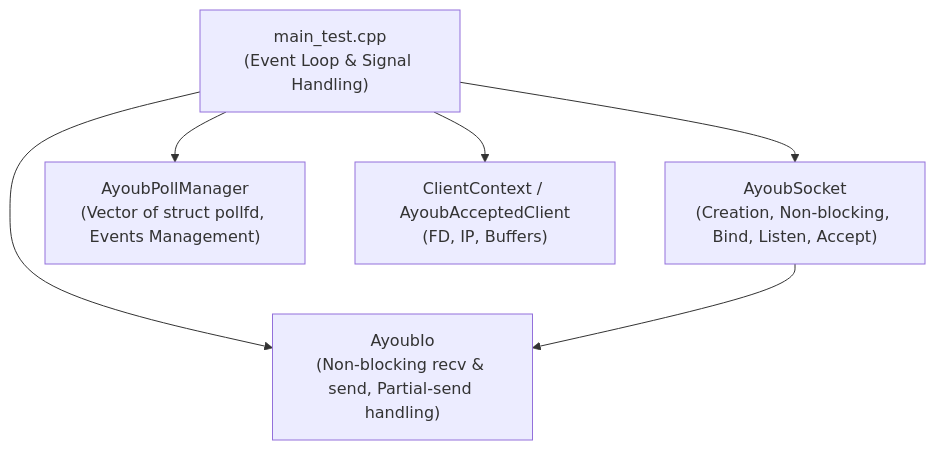
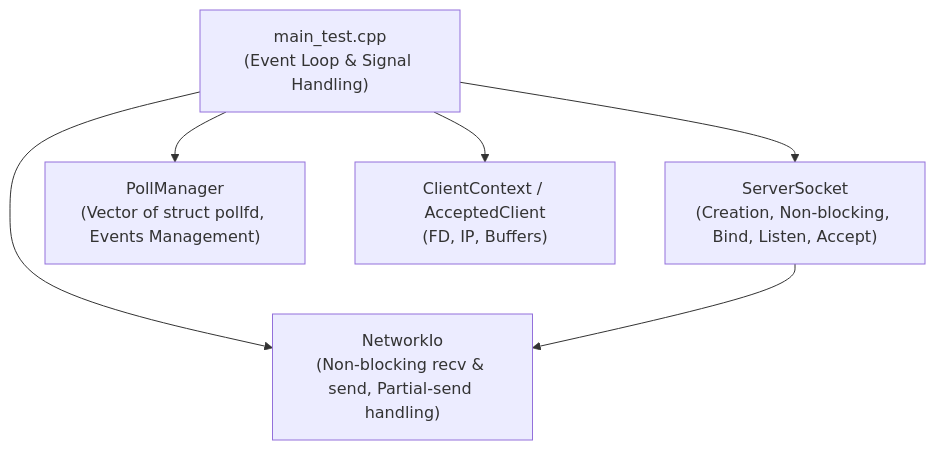
Before and after one commit to abareich/ft_irc_network: the first of 2 diagrams in SIMULATION_EXECUTION.md, drawn with Mermaid. The commit also changed other lines of this file and 9 other files, not shown here.

````diff
--- a/SIMULATION_EXECUTION.md
+++ b/SIMULATION_EXECUTION.md
@@ -17,14 +16,14 @@
 ```mermaid
 graph TD
     Main["main_test.cpp<br/>(Event Loop & Signal Handling)"]
-    Socket["AyoubSocket<br/>(Creation, Non-blocking, Bind, Listen, Accept)"]
-    Poll["AyoubPollManager<br/>(Vector of struct pollfd, Events Management)"]
-    Io["AyoubIo<br/>(Non-blocking recv & send, Partial-send handling)"]
-    ClientCtx["ClientContext / AyoubAcceptedClient<br/>(FD, IP, Buffers)"]
+    Socket["ServerSocket<br/>(Creation, Non-blocking, Bind, Listen, Accept)"]
+    Poll["PollManager<br/>(Vector of struct pollfd, Events Management)"]
+    Io["NetworkIo<br/>(Non-blocking recv & send, Partial-send handling)"]
+    ClientCtx["ClientContext / AcceptedClient<br/>(FD, IP, Buffers)"]
 
     Main --> Socket
     Main --> Poll
     Main --> Io
     Main --> ClientCtx
     Socket --> Io
 ```
````
